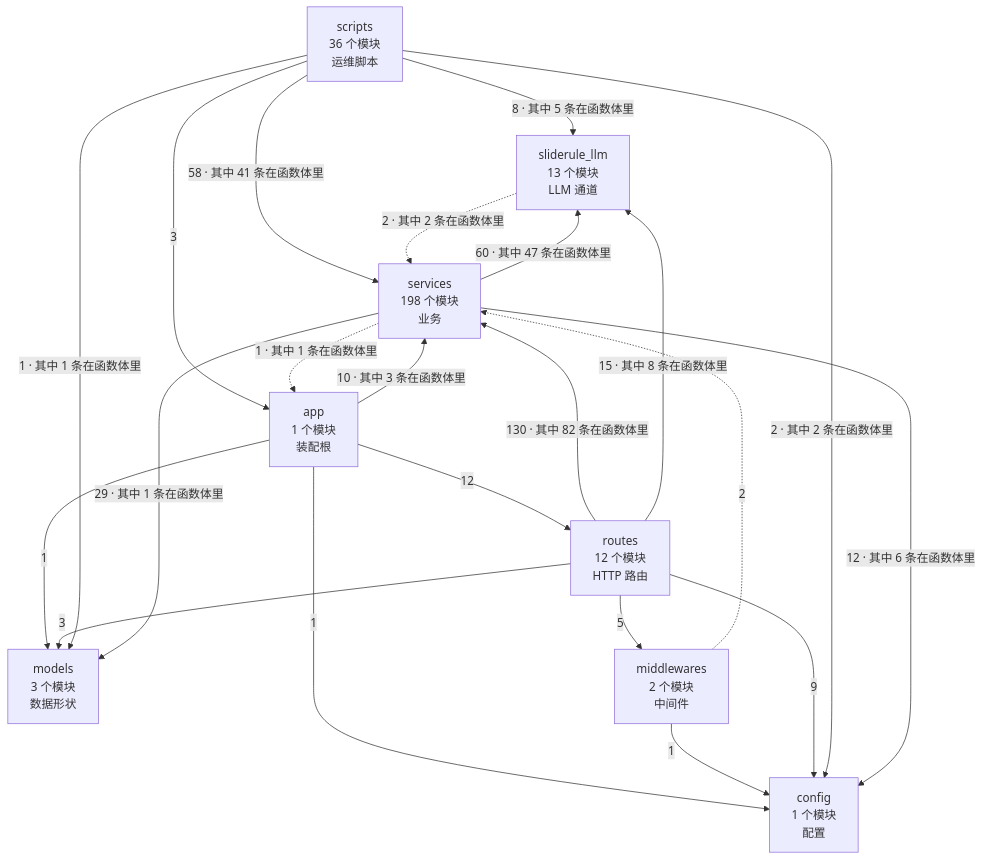
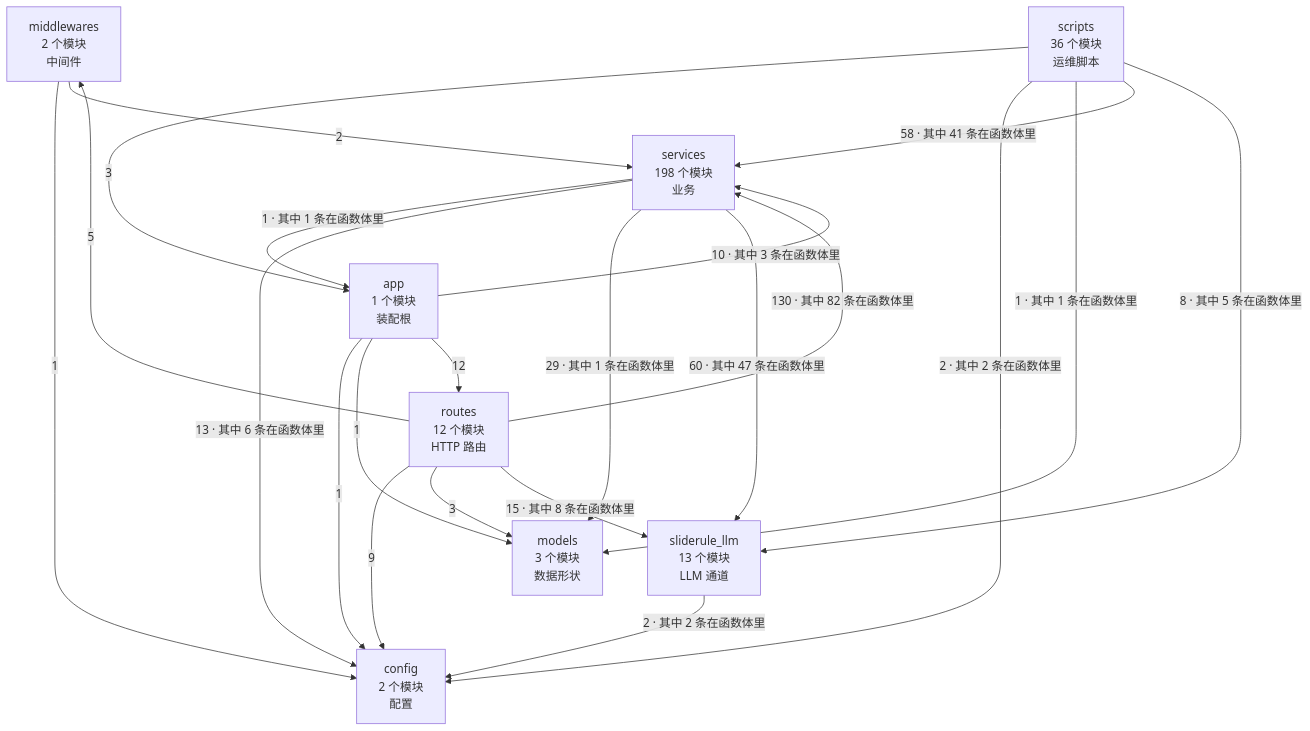
The diagram in docs/SlideRule V6.2 架构图（自动生成）.md (2686521696/WhyBuddy), drawn with Mermaid before and after one commit. The commit also changed other lines of this file and 9 other files, not shown here.

````diff
--- a/docs/SlideRule V6.2 架构图（自动生成）.md
+++ b/docs/SlideRule V6.2 架构图（自动生成）.md
@@ -35,32 +35,32 @@
 ```mermaid
 flowchart TB
-  config["config<br/>1 个模块<br/>配置"]
+  config["config<br/>2 个模块<br/>配置"]
   models["models<br/>3 个模块<br/>数据形状"]
   sliderule_llm["sliderule_llm<br/>13 个模块<br/>LLM 通道"]
   middlewares["middlewares<br/>2 个模块<br/>中间件"]
   services["services<br/>198 个模块<br/>业务"]
   routes["routes<br/>12 个模块<br/>HTTP 路由"]
   app["app<br/>1 个模块<br/>装配根"]
   scripts["scripts<br/>36 个模块<br/>运维脚本"]
   app -->|1| config
   app -->|1| models
   app -->|12| routes
   app -->|10 · 其中 3 条在函数体里| services
   middlewares -->|1| config
-  middlewares -.->|2| services
+  middlewares -->|2| services
   routes -->|9| config
   routes -->|5| middlewares
   routes -->|3| models
   routes -->|130 · 其中 82 条在函数体里| services
   routes -->|15 · 其中 8 条在函数体里| sliderule_llm
   scripts -->|3| app
   scripts -->|2 · 其中 2 条在函数体里| config
   scripts -->|1 · 其中 1 条在函数体里| models
   scripts -->|58 · 其中 41 条在函数体里| services
   scripts -->|8 · 其中 5 条在函数体里| sliderule_llm
-  services -.->|1 · 其中 1 条在函数体里| app
-  services -->|12 · 其中 6 条在函数体里| config
+  services -->|1 · 其中 1 条在函数体里| app
+  services -->|13 · 其中 6 条在函数体里| config
   services -->|29 · 其中 1 条在函数体里| models
   services -->|60 · 其中 47 条在函数体里| sliderule_llm
-  sliderule_llm -.->|2 · 其中 2 条在函数体里| services
+  sliderule_llm -->|2 · 其中 2 条在函数体里| config
 ```
````
